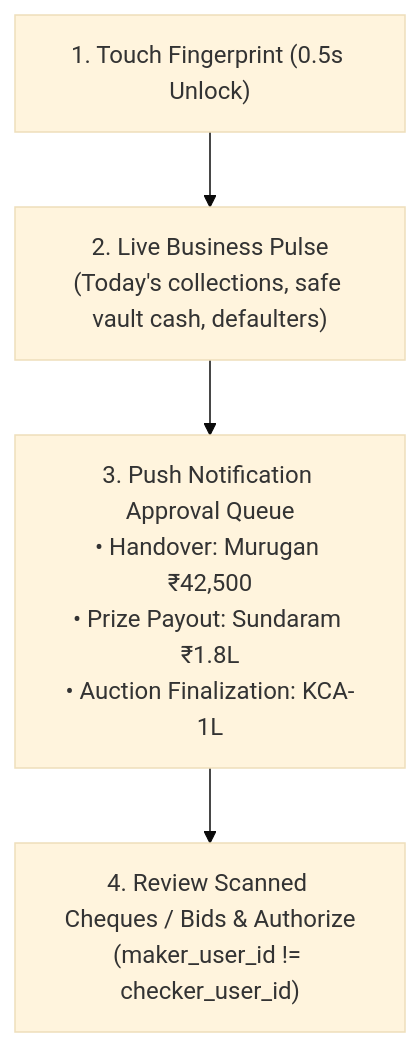
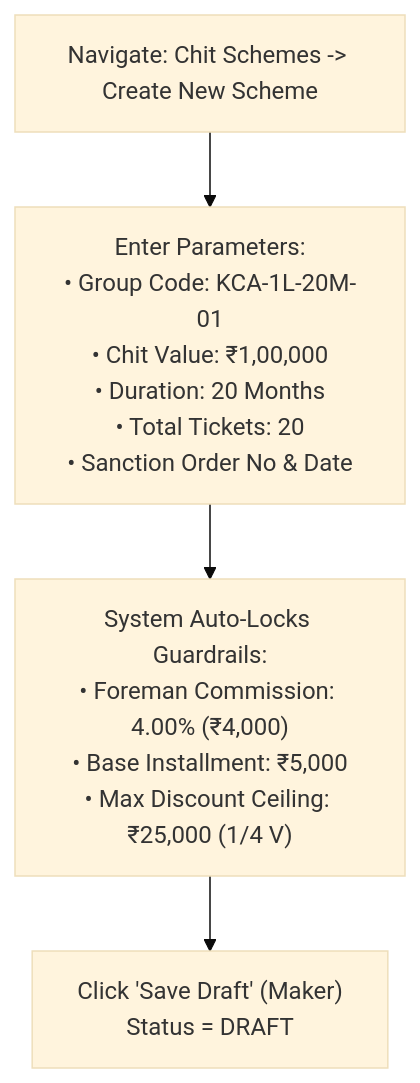
The third of 13 diagrams in docs/07-operations/user-manuals/admin-foreman-manual.md (Kathir-24/Kumaran-finance), drawn with Mermaid (base theme) before and after one commit. The commit also changed other lines of this file and 8 other files, not shown here.

First line of the commit message:
﻿docs(manuals): author dedicated 6-persona operational manual suite with action flow diagrams

````diff
--- a/docs/07-operations/user-manuals/admin-foreman-manual.md
+++ b/docs/07-operations/user-manuals/admin-foreman-manual.md
@@ -103,6 +86,6 @@
 ```mermaid
 flowchart TD
-    Unlock["1. Touch Fingerprint (0.5s Unlock)"] --> Pulse["2. Live Business Pulse\n(Today's collections, safe vault cash, defaulters)"]
-    Pulse --> Approvals["3. Push Notification Approval Queue\n• Handover: Murugan ₹42,500\n• Prize Payout: Sundaram ₹1.8L\n• Auction Finalization: KCA-1L"]
-    Approvals --> Auth["4. Review Scanned Cheques / Bids & Authorize\n(maker_user_id != checker_user_id)"]
+    Nav["Navigate: Chit Schemes -> Create New Scheme"] --> Input["Enter Parameters:\n• Group Code: KCA-1L-20M-01\n• Chit Value: ₹1,00,000\n• Duration: 20 Months\n• Total Tickets: 20\n• Sanction Order No & Date"]
+    Input --> Lock["System Auto-Locks Guardrails:\n• Foreman Commission: 4.00% (₹4,000)\n• Base Installment: ₹5,000\n• Max Discount Ceiling: ₹25,000 (1/4 V)"]
+    Lock --> Save["Click 'Save Draft' (Maker)\nStatus = DRAFT"]
 ```
````
